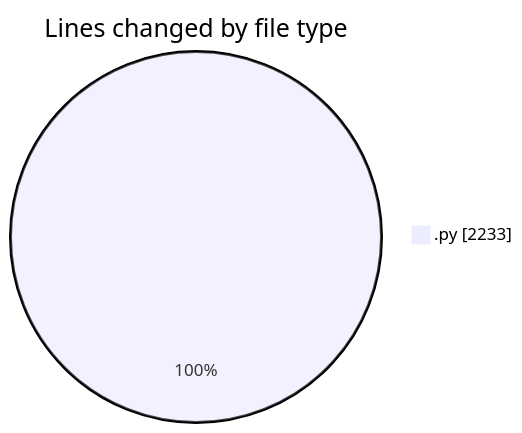
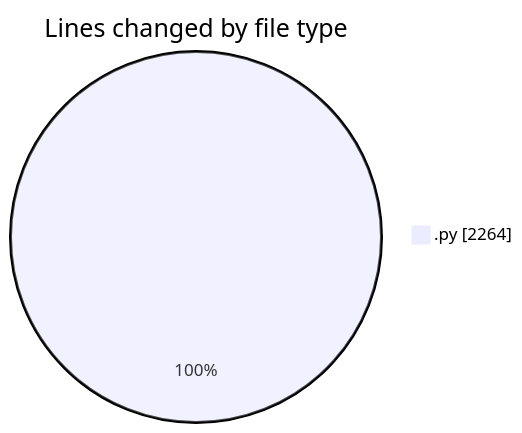
Before and after one commit to MatusMokan/code-tracking: the first of 2 diagrams in 2025-04-19/myws__workspace_/README.md, drawn with Mermaid. The commit also changed other lines of this file and 1 other file, not shown here.

````diff
--- a/2025-04-19/myws__workspace_/README.md
+++ b/2025-04-19/myws__workspace_/README.md
@@ -24,5 +24,5 @@
 ```mermaid
 pie showData
 title Lines changed by file type
-".py" : 2233
+".py" : 2264
 ```
````
